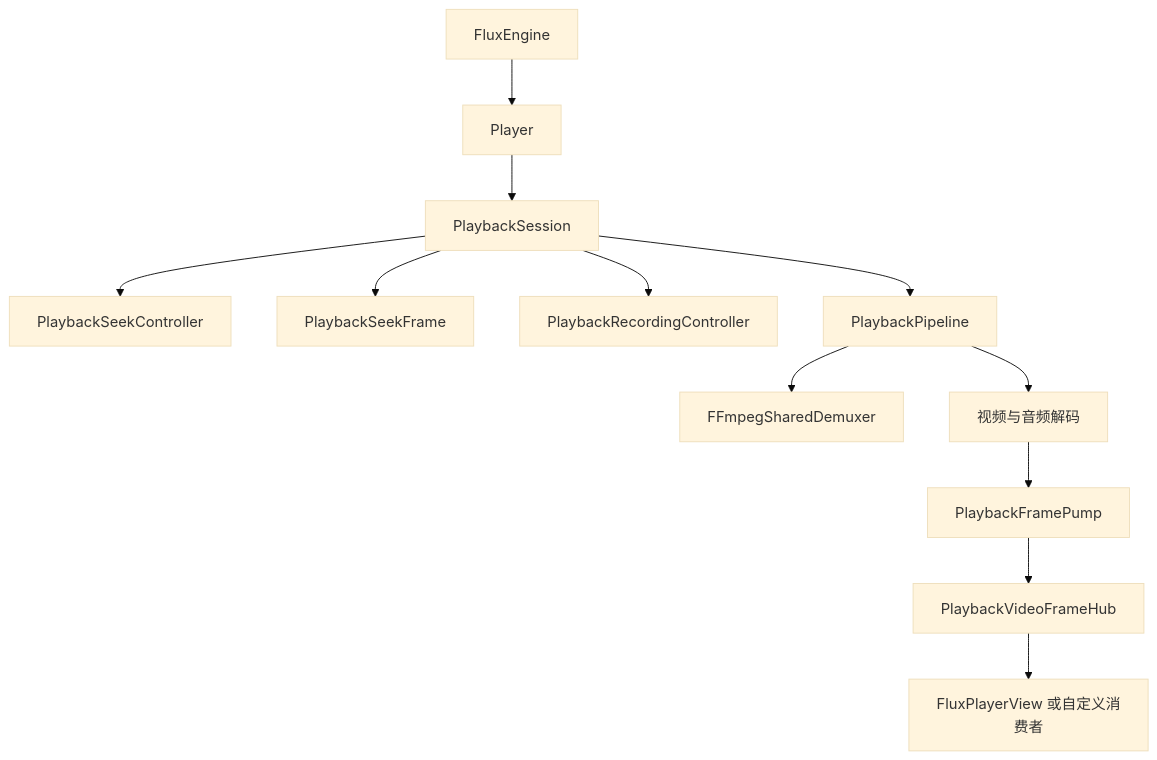
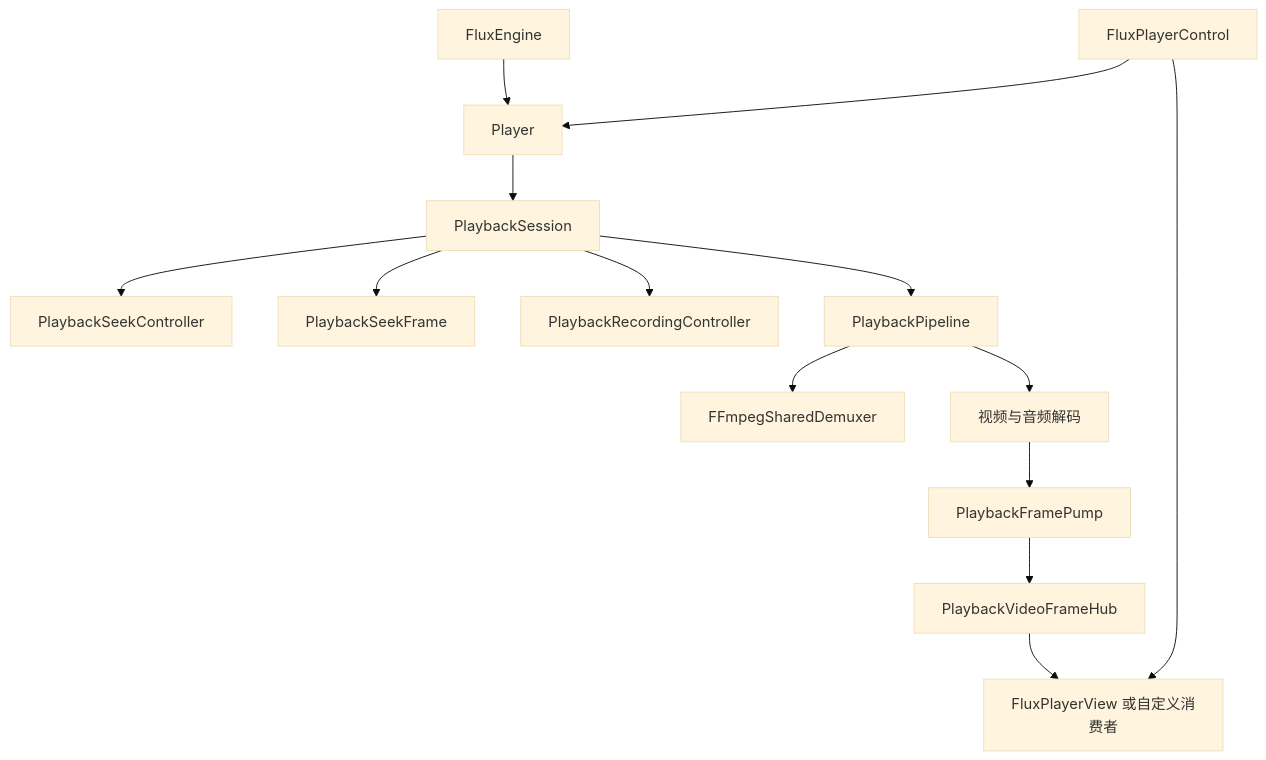
One commit to sunqg123/FluxMedia changed the diagram in docs/architecture.md. Above: the diagram before and after it, drawn with Mermaid (base theme). The commit also changed other lines of this file and 113 other files, not shown here.

````diff
--- a/docs/architecture.md
+++ b/docs/architecture.md
@@ -5,14 +5,16 @@
 ```mermaid
 flowchart TD
     Engine[FluxEngine] --> Player[Player]
     Player --> Session[PlaybackSession]
     Session --> Seek[PlaybackSeekController]
     Session --> SeekFrame[PlaybackSeekFrame]
     Session --> Recording[PlaybackRecordingController]
     Session --> Pipeline[PlaybackPipeline]
     Pipeline --> Demux[FFmpegSharedDemuxer]
     Pipeline --> Workers[视频与音频解码]
     Workers --> Pump[PlaybackFramePump]
     Pump --> Hub[PlaybackVideoFrameHub]
     Hub --> View[FluxPlayerView 或自定义消费者]
+    Control[FluxPlayerControl] --> View
+    Control --> Player
 ```
````
